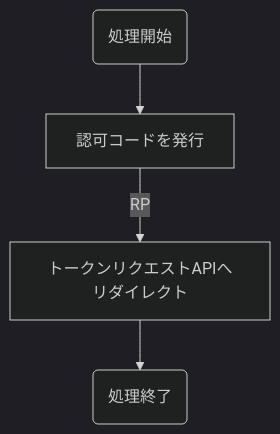
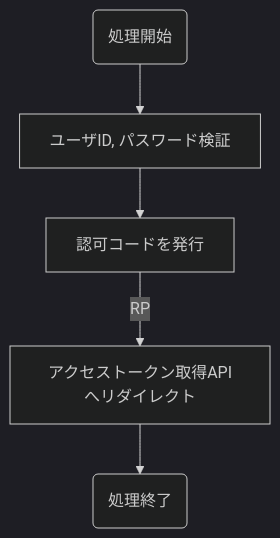
Before and after one commit to nob-islan/nob-openid-connect: the diagram in docs/business-flow/op/Certification.md, drawn with Mermaid. The commit also changed 2 other files, not shown here.

Commit message:
設計書更新

````diff
--- a/docs/business-flow/op/Certification.md
+++ b/docs/business-flow/op/Certification.md
@@ -3,7 +3,8 @@
 ```mermaid
 %%{init:{'theme':'dark'}}%%
 graph TD;
-    A(処理開始) --> B[認可コードを発行]
-    B --> |RP| C[トークンリクエストAPIへリダイレクト]
-    C --> D(処理終了)
+    A(処理開始) --> B[ユーザID, パスワード検証]
+    B --> C[認可コードを発行]
+    C --> |RP| D[アクセストークン取得APIへリダイレクト]
+    D --> E(処理終了)
 ```
````
